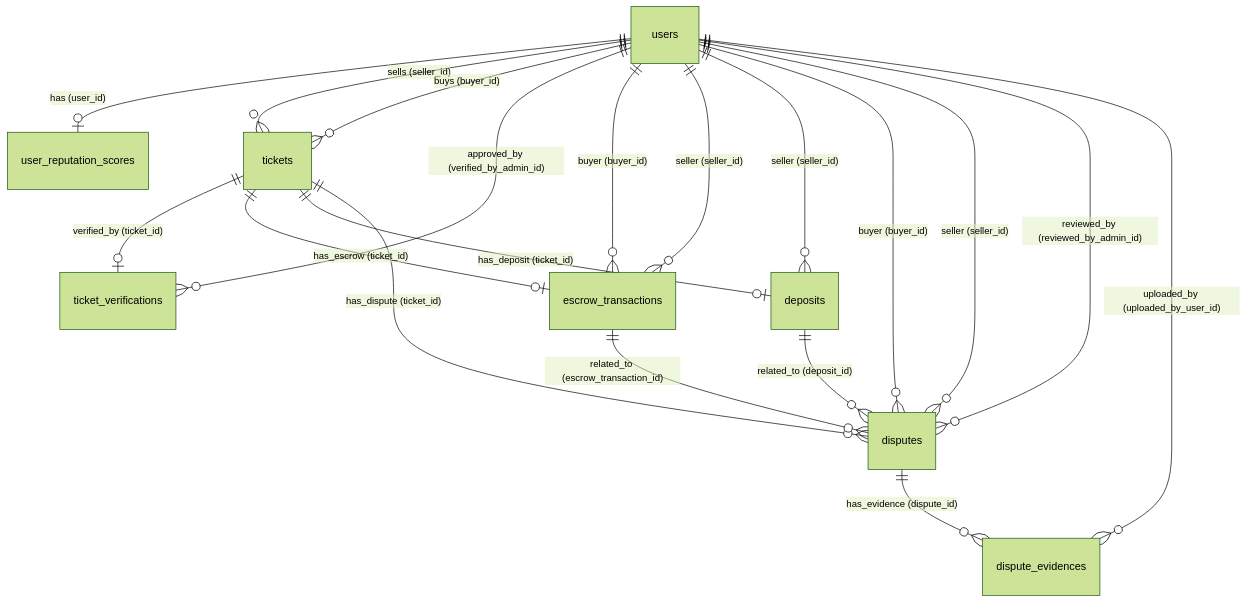
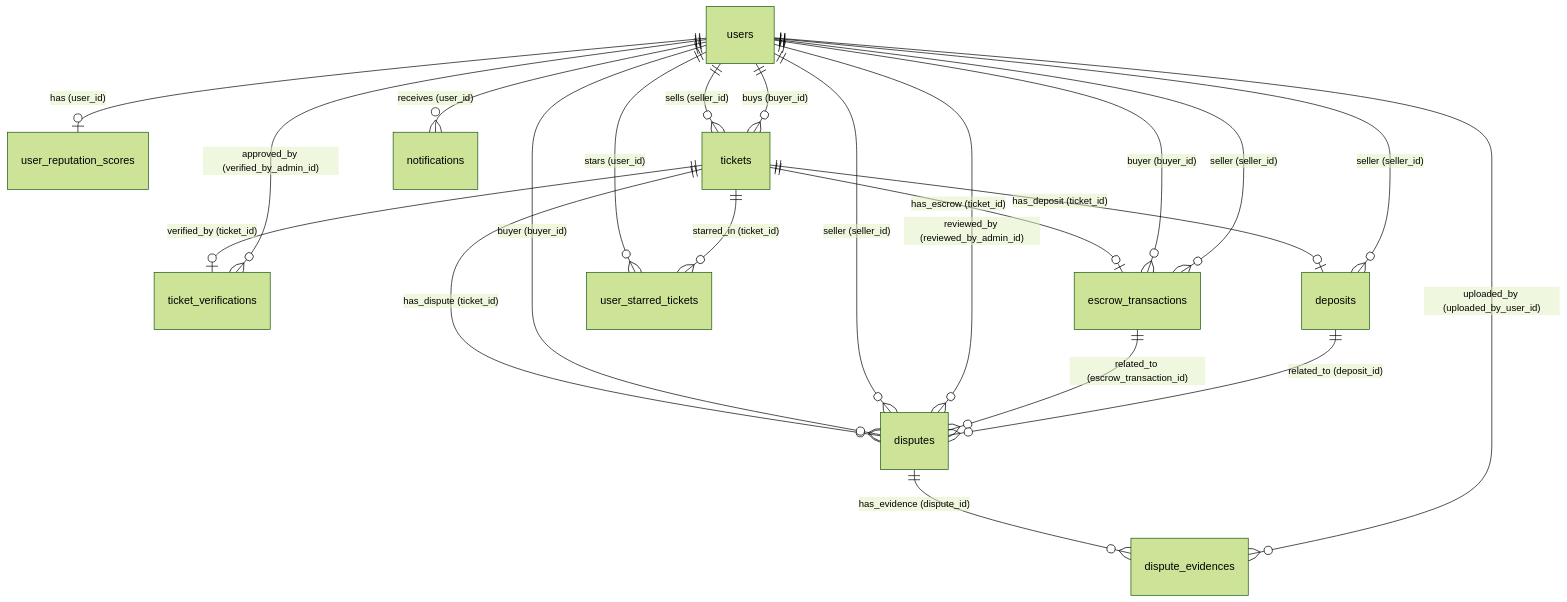
Before and after one commit to KemCheese/project_oop: the diagram in design-note/03-database-schema.md, drawn with Mermaid (forest theme). The commit also changed other lines of this file and 51 other files, not shown here.

````diff
--- a/design-note/03-database-schema.md
+++ b/design-note/03-database-schema.md
@@ -16,26 +16,31 @@
 ```mermaid
 erDiagram
     users ||--o| user_reputation_scores : "has (user_id)"
     users ||--o{ tickets : "sells (seller_id)"
     users ||--o{ tickets : "buys (buyer_id)"
     
     tickets ||--o| ticket_verifications : "verified_by (ticket_id)"
     users ||--o{ ticket_verifications : "approved_by (verified_by_admin_id)"
     
     tickets ||--o| escrow_transactions : "has_escrow (ticket_id)"
     users ||--o{ escrow_transactions : "buyer (buyer_id)"
     users ||--o{ escrow_transactions : "seller (seller_id)"
     
     tickets ||--o| deposits : "has_deposit (ticket_id)"
     users ||--o{ deposits : "seller (seller_id)"
     
     tickets ||--o{ disputes : "has_dispute (ticket_id)"
     users ||--o{ disputes : "buyer (buyer_id)"
     users ||--o{ disputes : "seller (seller_id)"
     users ||--o{ disputes : "reviewed_by (reviewed_by_admin_id)"
     escrow_transactions ||--o{ disputes : "related_to (escrow_transaction_id)"
     deposits ||--o{ disputes : "related_to (deposit_id)"
     
     disputes ||--o{ dispute_evidences : "has_evidence (dispute_id)"
     users ||--o{ dispute_evidences : "uploaded_by (uploaded_by_user_id)"
+    
+    users ||--o{ user_starred_tickets : "stars (user_id)"
+    tickets ||--o{ user_starred_tickets : "starred_in (ticket_id)"
+    
+    users ||--o{ notifications : "receives (user_id)"
 ```
````
